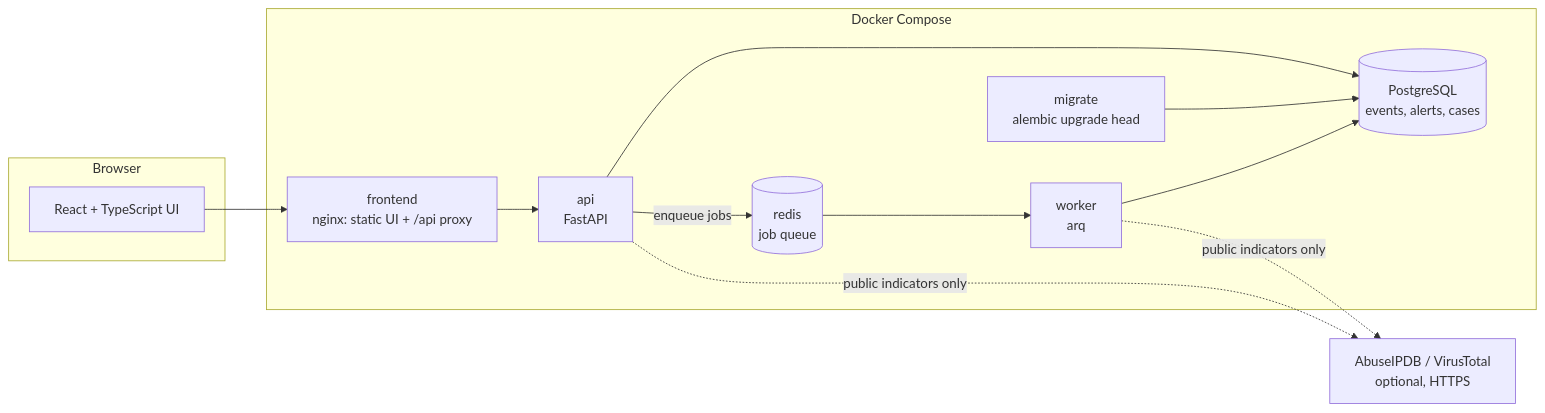
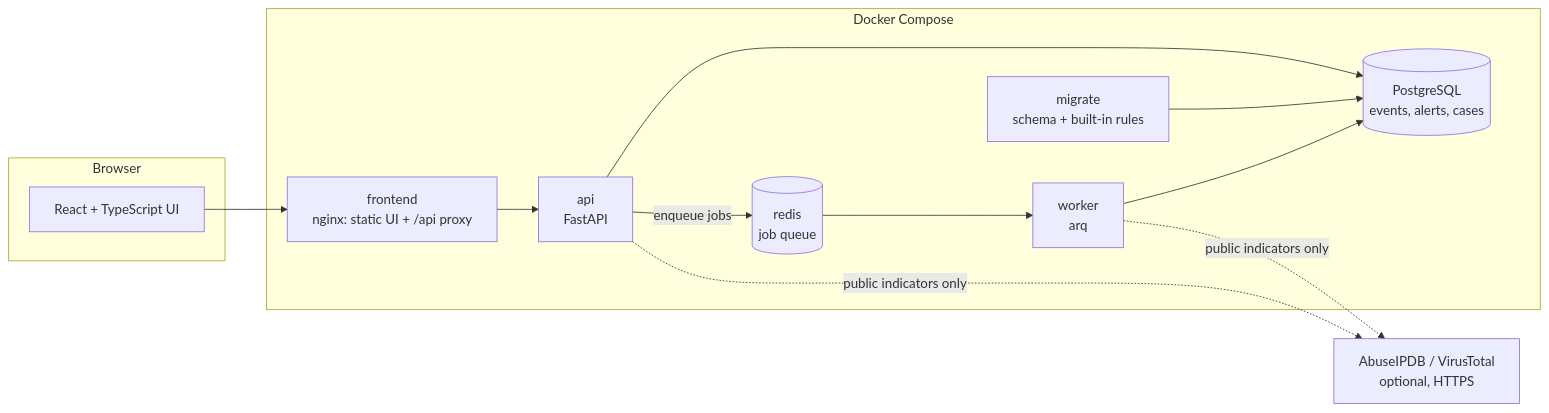
Before and after one commit to umairhaider-dev/watchpost: the diagram in README.md, drawn with Mermaid. The commit also changed other lines of this file and 1 other file, not shown here.

````diff
--- a/README.md
+++ b/README.md
@@ -16,23 +16,23 @@
 ```mermaid
 flowchart LR
     subgraph Browser
         UI[React + TypeScript UI]
     end
     subgraph Docker Compose
         NGINX[frontend<br/>nginx: static UI + /api proxy]
         API[api<br/>FastAPI]
         WORKER[worker<br/>arq]
         REDIS[(redis<br/>job queue)]
         DB[(PostgreSQL<br/>events, alerts, cases)]
-        MIGRATE[migrate<br/>alembic upgrade head]
+        MIGRATE[migrate<br/>schema + built-in rules]
     end
     TI[AbuseIPDB / VirusTotal<br/>optional, HTTPS]
     UI --> NGINX --> API
     API --> DB
     API -- enqueue jobs --> REDIS
     REDIS --> WORKER
     WORKER --> DB
     MIGRATE --> DB
     API -. public indicators only .-> TI
     WORKER -. public indicators only .-> TI
 ```
````
